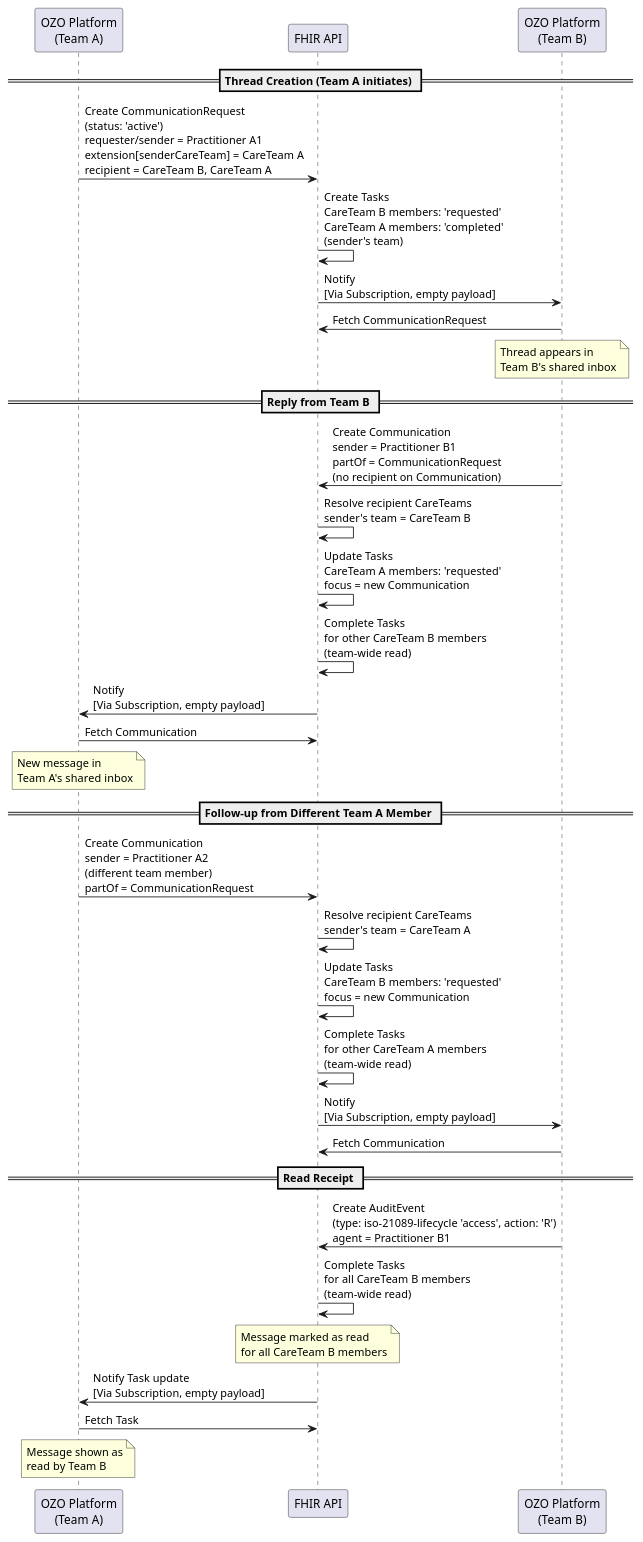
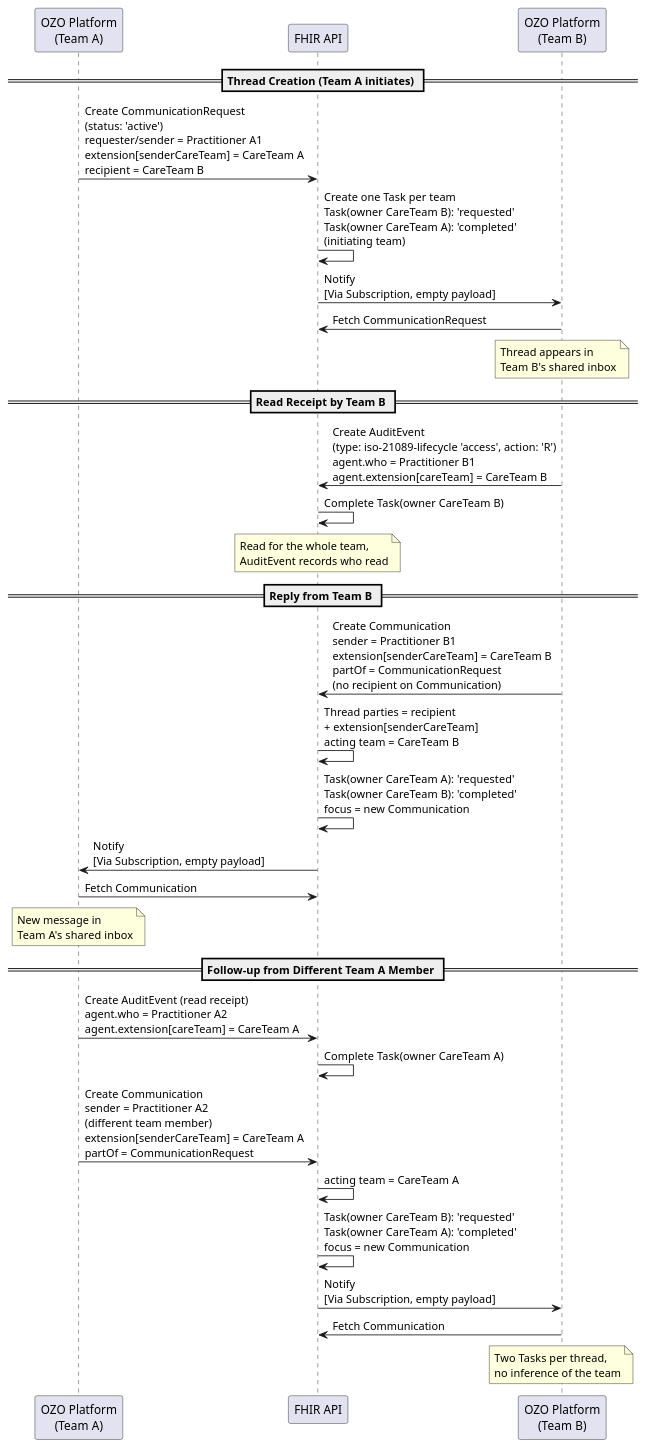
The diagram in input/images-source/fhir-team-messaging-interaction.plantuml (ozoverbindzorg/integrale-netwerk-communicatie), drawn with PlantUML before and after one commit. The commit also changed 29 other files, not shown here.

First line of the commit message:
feat: adopt team messaging RFC as 0.9.0 (participant search, team Tasks)

```diff
--- a/input/images-source/fhir-team-messaging-interaction.plantuml
+++ b/input/images-source/fhir-team-messaging-interaction.plantuml
@@ -1,37 +1,35 @@
 @startuml
 participant "OZO Platform\n(Team A)" as TeamA
 participant "FHIR API" as FHIR
 participant "OZO Platform\n(Team B)" as TeamB
 
 == Thread Creation (Team A initiates) ==
-TeamA -> FHIR : Create CommunicationRequest\n(status: 'active')\nrequester/sender = Practitioner A1\nextension[senderCareTeam] = CareTeam A\nrecipient = CareTeam B, CareTeam A
-FHIR -> FHIR : Create Tasks\nCareTeam B members: 'requested'\nCareTeam A members: 'completed'\n(sender's team)
+TeamA -> FHIR : Create CommunicationRequest\n(status: 'active')\nrequester/sender = Practitioner A1\nextension[senderCareTeam] = CareTeam A\nrecipient = CareTeam B
+FHIR -> FHIR : Create one Task per team\nTask(owner CareTeam B): 'requested'\nTask(owner CareTeam A): 'completed'\n(initiating team)
 FHIR -> TeamB : Notify\n[Via Subscription, empty payload]
 TeamB -> FHIR : Fetch CommunicationRequest
 note over TeamB : Thread appears in\nTeam B's shared inbox
 
+== Read Receipt by Team B ==
+TeamB -> FHIR : Create AuditEvent\n(type: iso-21089-lifecycle 'access', action: 'R')\nagent.who = Practitioner B1\nagent.extension[careTeam] = CareTeam B
+FHIR -> FHIR : Complete Task(owner CareTeam B)
+note over FHIR : Read for the whole team,\nAuditEvent records who read
+
 == Reply from Team B ==
-TeamB -> FHIR : Create Communication\nsender = Practitioner B1\npartOf = CommunicationRequest\n(no recipient on Communication)
-FHIR -> FHIR : Resolve recipient CareTeams\nsender's team = CareTeam B
-FHIR -> FHIR : Update Tasks\nCareTeam A members: 'requested'\nfocus = new Communication
-FHIR -> FHIR : Complete Tasks\nfor other CareTeam B members\n(team-wide read)
+TeamB -> FHIR : Create Communication\nsender = Practitioner B1\nextension[senderCareTeam] = CareTeam B\npartOf = CommunicationRequest\n(no recipient on Communication)
+FHIR -> FHIR : Thread parties = recipient\n+ extension[senderCareTeam]\nacting team = CareTeam B
+FHIR -> FHIR : Task(owner CareTeam A): 'requested'\nTask(owner CareTeam B): 'completed'\nfocus = new Communication
 FHIR -> TeamA : Notify\n[Via Subscription, empty payload]
 TeamA -> FHIR : Fetch Communication
 note over TeamA : New message in\nTeam A's shared inbox
 
 == Follow-up from Different Team A Member ==
-TeamA -> FHIR : Create Communication\nsender = Practitioner A2\n(different team member)\npartOf = CommunicationRequest
-FHIR -> FHIR : Resolve recipient CareTeams\nsender's team = CareTeam A
-FHIR -> FHIR : Update Tasks\nCareTeam B members: 'requested'\nfocus = new Communication
-FHIR -> FHIR : Complete Tasks\nfor other CareTeam A members\n(team-wide read)
+TeamA -> FHIR : Create AuditEvent (read receipt)\nagent.who = Practitioner A2\nagent.extension[careTeam] = CareTeam A
+FHIR -> FHIR : Complete Task(owner CareTeam A)
+TeamA -> FHIR : Create Communication\nsender = Practitioner A2\n(different team member)\nextension[senderCareTeam] = CareTeam A\npartOf = CommunicationRequest
+FHIR -> FHIR : acting team = CareTeam A
+FHIR -> FHIR : Task(owner CareTeam B): 'requested'\nTask(owner CareTeam A): 'completed'\nfocus = new Communication
 FHIR -> TeamB : Notify\n[Via Subscription, empty payload]
 TeamB -> FHIR : Fetch Communication
-
-== Read Receipt ==
-TeamB -> FHIR : Create AuditEvent\n(type: iso-21089-lifecycle 'access', action: 'R')\nagent = Practitioner B1
-FHIR -> FHIR : Complete Tasks\nfor all CareTeam B members\n(team-wide read)
-note over FHIR : Message marked as read\nfor all CareTeam B members
-FHIR -> TeamA : Notify Task update\n[Via Subscription, empty payload]
-TeamA -> FHIR : Fetch Task
-note over TeamA : Message shown as\nread by Team B
+note over TeamB : Two Tasks per thread,\nno inference of the team
 @enduml
```
